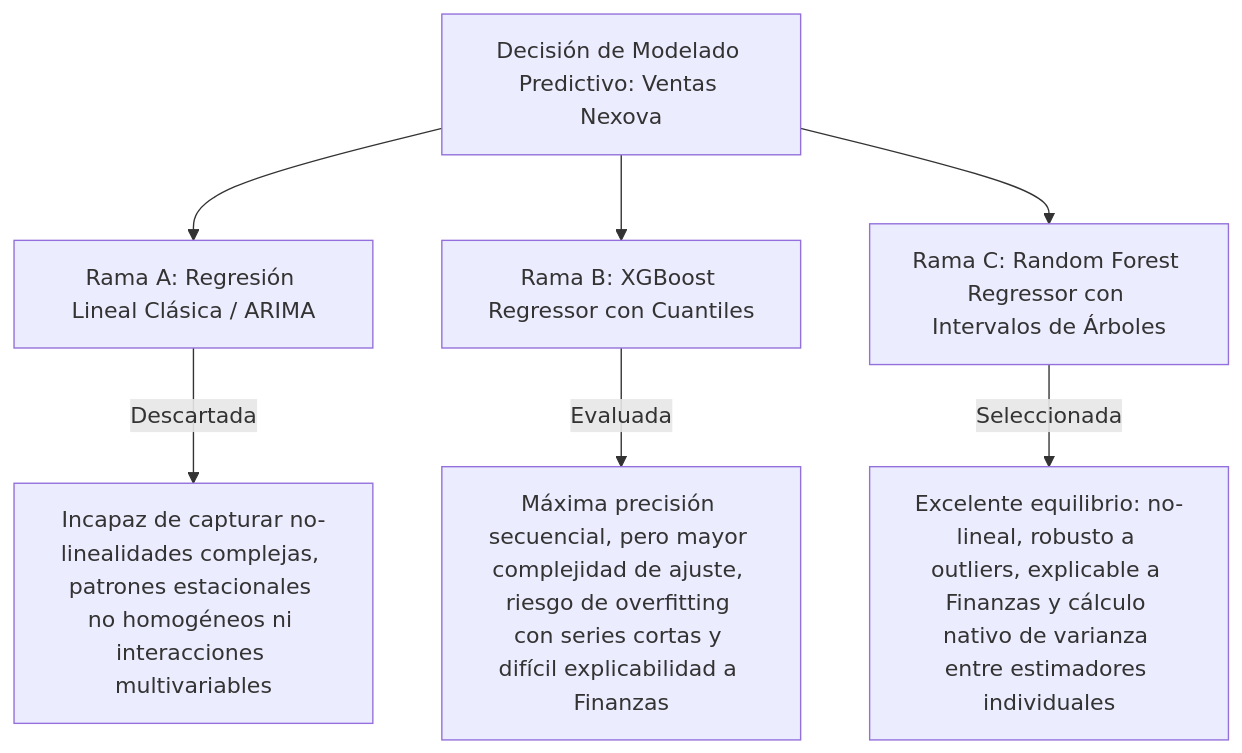
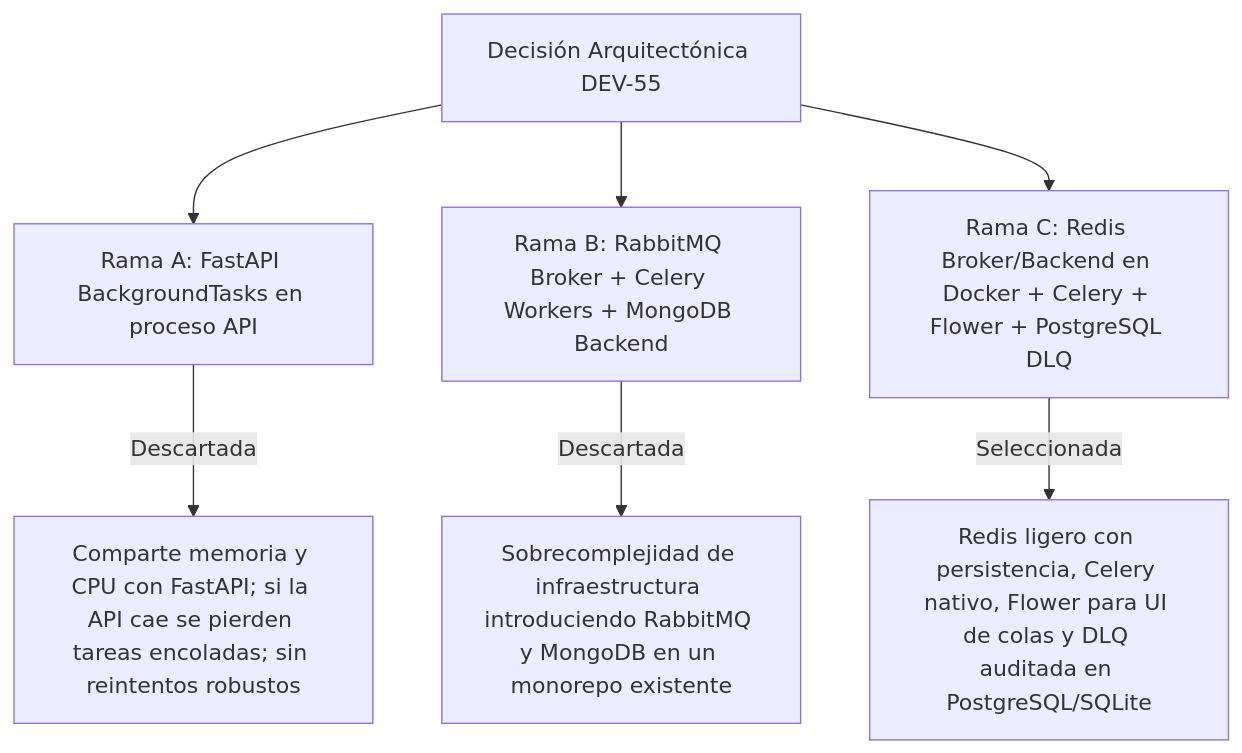
The diagram in .github/implementation-plan.md (4GeeksAcademy/ai-engineering-company-project-monorepo), drawn with Mermaid before and after one commit. The commit also changed other lines of this file and 3 other files, not shown here.

````diff
--- a/.github/implementation-plan.md
+++ b/.github/implementation-plan.md
@@ -28,10 +30,10 @@
 ```mermaid
 flowchart TD
-    Root[Decisión de Modelado Predictivo: Ventas Nexova] --> A[Rama A: Regresión Lineal Clásica / ARIMA]
-    Root --> B[Rama B: XGBoost Regressor con Cuantiles]
-    Root --> C[Rama C: Random Forest Regressor con Intervalos de Árboles]
+    Root[Decisión Arquitectónica DEV-55] --> A[Rama A: FastAPI BackgroundTasks en proceso API]
+    Root --> B[Rama B: RabbitMQ Broker + Celery Workers + MongoDB Backend]
+    Root --> C[Rama C: Redis Broker/Backend en Docker + Celery + Flower + PostgreSQL DLQ]
     
-    A -->|Descartada| A1[Incapaz de capturar no-linealidades complejas, patrones estacionales no homogéneos ni interacciones multivariables]
-    B -->|Evaluada| B1[Máxima precisión secuencial, pero mayor complejidad de ajuste, riesgo de overfitting con series cortas y difícil explicabilidad a Finanzas]
-    C -->|Seleccionada| C1[Excelente equilibrio: no-lineal, robusto a outliers, explicable a Finanzas y cálculo nativo de varianza entre estimadores individuales]
+    A -->|Descartada| A1[Comparte memoria y CPU con FastAPI; si la API cae se pierden tareas encoladas; sin reintentos robustos]
+    B -->|Descartada| B1[Sobrecomplejidad de infraestructura introduciendo RabbitMQ y MongoDB en un monorepo existente]
+    C -->|Seleccionada| C1[Redis ligero con persistencia, Celery nativo, Flower para UI de colas y DLQ auditada en PostgreSQL/SQLite]
 ```
````
